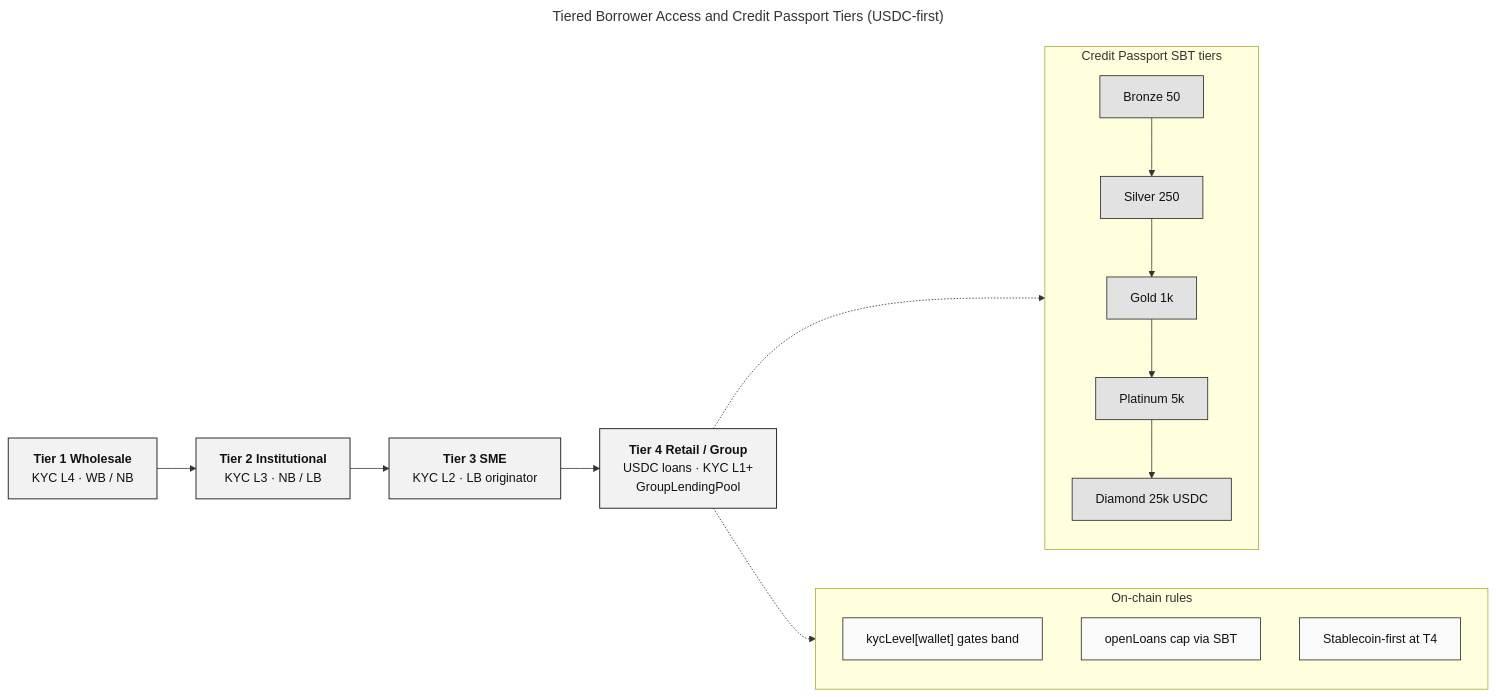
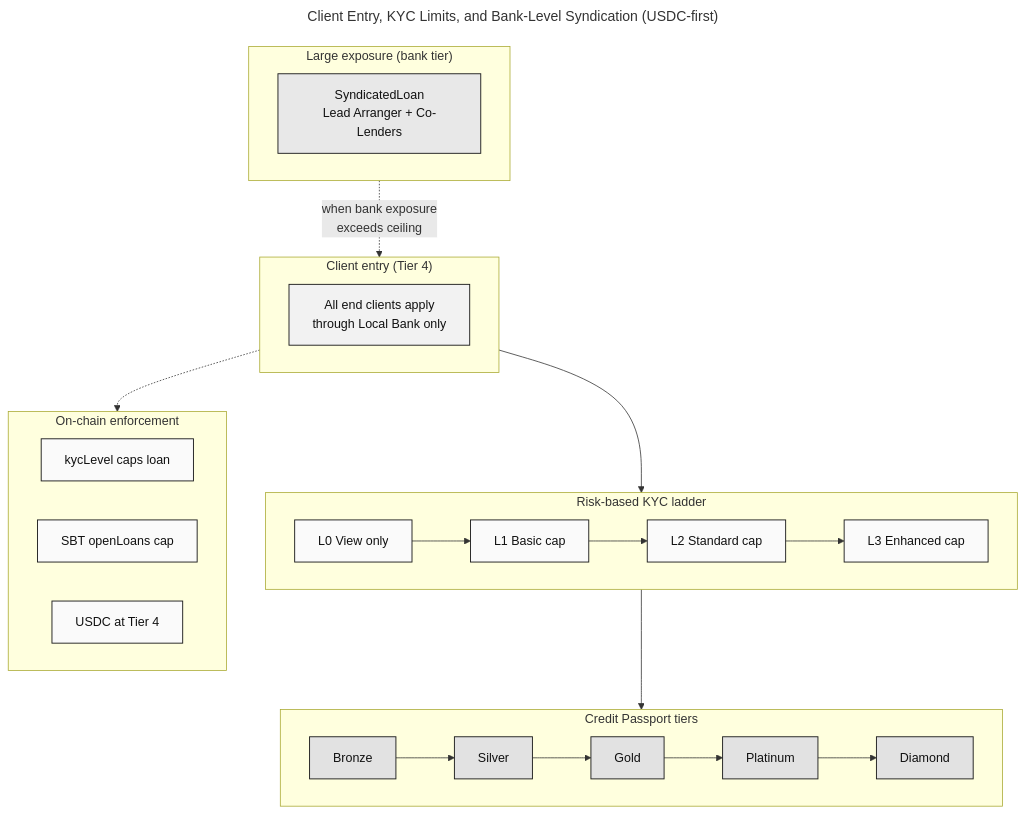
Before and after one commit to Yuvraajrahman/Cryto-World-Bank: the diagram in Documentation/Diagrams/mermaid-src/improved diagrams/fig-tier-model.mmd, drawn with Mermaid. The commit also changed 93 other files, not shown here.

First line of the commit message:
Add v30 thesis draft with Chapter 1 Mermaid diagrams and diagram pipeline updates.

```diff
--- a/Documentation/Diagrams/mermaid-src/improved diagrams/fig-tier-model.mmd
+++ b/Documentation/Diagrams/mermaid-src/improved diagrams/fig-tier-model.mmd
@@ -1,28 +1,40 @@
 ---
-title: Tiered Borrower Access and Credit Passport Tiers (USDC-first)
+title: Client Entry, KYC Limits, and Bank-Level Syndication (USDC-first)
 ---
-flowchart LR
-    classDef tier fill:#F2F2F2,stroke:#1F1F1F,stroke-width:1.2px,color:#111111
-    classDef sbt  fill:#E2E2E2,stroke:#1F1F1F,stroke-width:1px,color:#111111
-    classDef rule fill:#FAFAFA,stroke:#1F1F1F,stroke-width:1px,color:#111111
+flowchart TB
+    classDef entry fill:#F2F2F2,stroke:#1F1F1F,stroke-width:1.2px,color:#111111
+    classDef sbt  fill:#E2E2E2,stroke:#1F1F1F,stroke-width:1.2px,color:#111111
+    classDef rule fill:#FAFAFA,stroke:#1F1F1F,stroke-width:1.2px,color:#111111
+    classDef bank fill:#E8E8E8,stroke:#1F1F1F,stroke-width:1.2px,color:#111111
 
-    T4["<b>Tier 4 Retail / Group</b><br/>USDC loans · KYC L1+<br/>GroupLendingPool"]:::tier
-    T3["<b>Tier 3 SME</b><br/>KYC L2 · LB originator"]:::tier
-    T2["<b>Tier 2 Institutional</b><br/>KYC L3 · NB / LB"]:::tier
-    T1["<b>Tier 1 Wholesale</b><br/>KYC L4 · WB / NB"]:::tier
-
-    T1 --> T2 --> T3 --> T4
-
-    subgraph SBT[" Credit Passport SBT tiers "]
-        B["Bronze 50"]:::sbt --> S["Silver 250"]:::sbt --> G["Gold 1k"]:::sbt
-        G --> P["Platinum 5k"]:::sbt --> D["Diamond 25k USDC"]:::sbt
+    subgraph ENTRY[" Client entry (Tier 4) "]
+        direction LR
+        C["All end clients apply<br/>through Local Bank only"]:::entry
     end
 
-    subgraph RULES[" On-chain rules "]
-        R1["kycLevel[wallet] gates band"]:::rule
-        R2["openLoans cap via SBT"]:::rule
-        R3["Stablecoin-first at T4"]:::rule
+    subgraph KYC[" Risk-based KYC ladder "]
+        direction LR
+        L0["L0 View only"]:::rule --> L1["L1 Basic cap"]:::rule --> L2["L2 Standard cap"]:::rule --> L3["L3 Enhanced cap"]:::rule
     end
 
-    T4 -.-> SBT
-    T4 -.-> RULES
+    subgraph SBT[" Credit Passport tiers "]
+        direction LR
+        B["Bronze"]:::sbt --> S["Silver"]:::sbt --> G["Gold"]:::sbt --> P["Platinum"]:::sbt --> D["Diamond"]:::sbt
+    end
+
+    subgraph RULES[" On-chain enforcement "]
+        direction LR
+        R1["kycLevel caps loan"]:::rule
+        R2["SBT openLoans cap"]:::rule
+        R3["USDC at Tier 4"]:::rule
+    end
+
+    subgraph SYND[" Large exposure (bank tier) "]
+        direction LR
+        SL["SyndicatedLoan<br/>Lead Arranger + Co-Lenders"]:::bank
+    end
+
+    ENTRY --> KYC
+    KYC --> SBT
+    ENTRY -.-> RULES
+    SL -.->|"when bank exposure<br/>exceeds ceiling"| ENTRY
```
